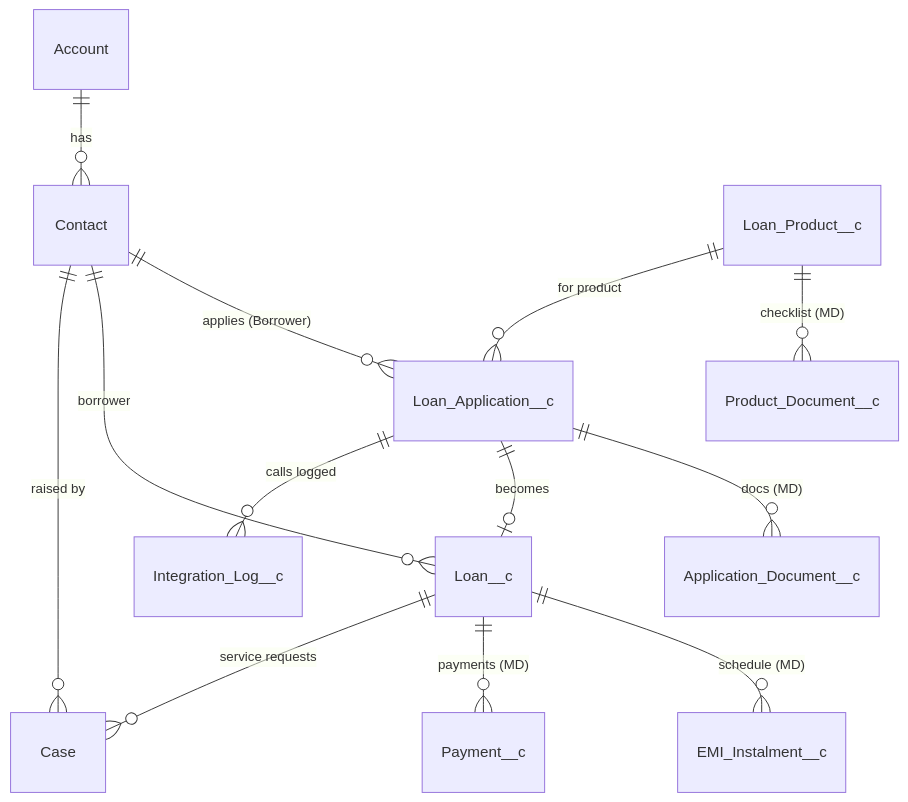
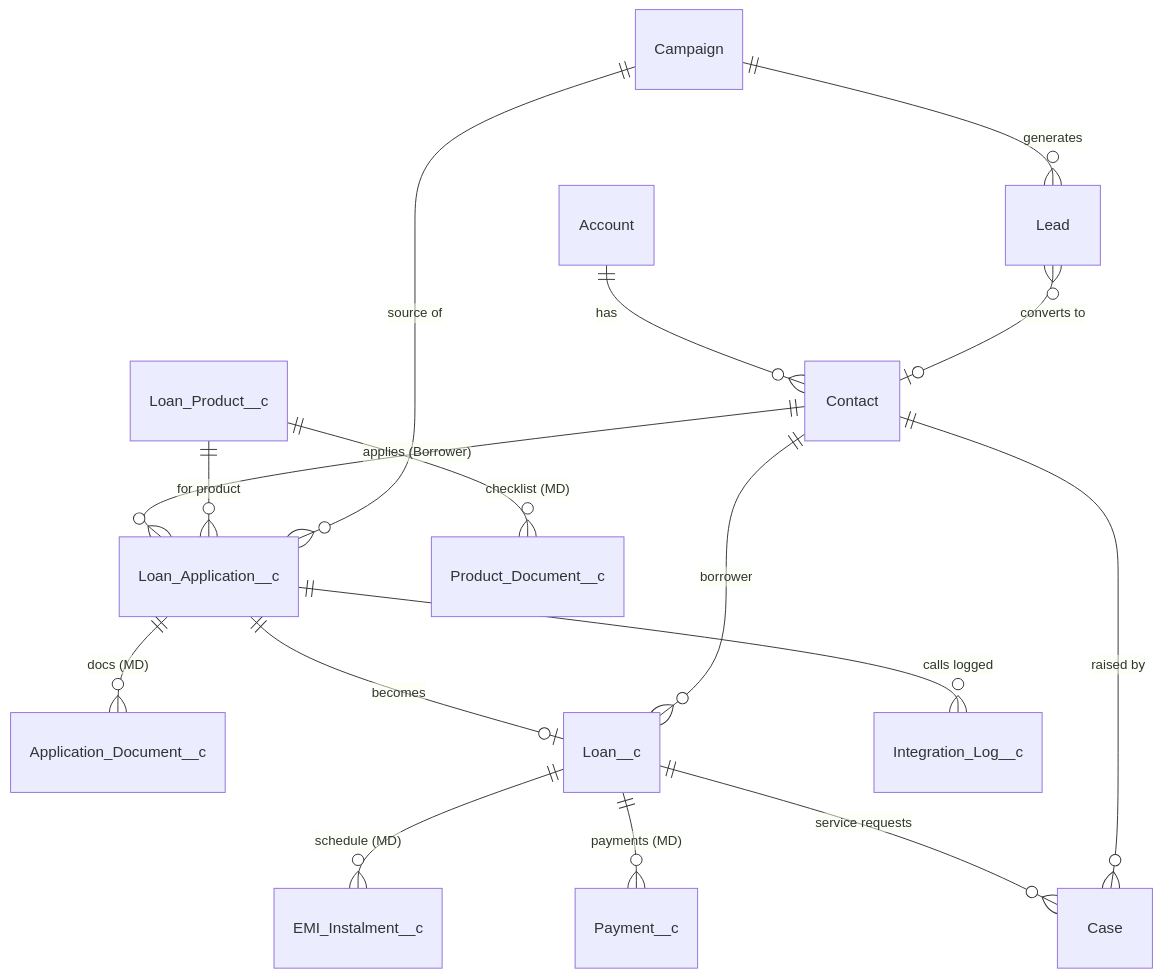
One commit to suhas45/LoanApplicationManagementSystem changed the diagram in docs/BRD/LAMS_BRD.md. Above: the diagram before and after it, drawn with Mermaid. The commit also changed other lines of this file and 55 other files, not shown here.

````diff
--- a/docs/BRD/LAMS_BRD.md
+++ b/docs/BRD/LAMS_BRD.md
@@ -371,15 +389,18 @@
 ```mermaid
 erDiagram
   Account ||--o{ Contact : has
   Contact ||--o{ Loan_Application__c : "applies (Borrower)"
   Loan_Product__c ||--o{ Product_Document__c : "checklist (MD)"
   Loan_Product__c ||--o{ Loan_Application__c : "for product"
   Loan_Application__c ||--o{ Application_Document__c : "docs (MD)"
   Loan_Application__c ||--o| Loan__c : becomes
   Contact ||--o{ Loan__c : borrower
   Loan__c ||--o{ EMI_Instalment__c : "schedule (MD)"
   Loan__c ||--o{ Payment__c : "payments (MD)"
   Loan__c ||--o{ Case : "service requests"
   Contact ||--o{ Case : "raised by"
   Loan_Application__c ||--o{ Integration_Log__c : "calls logged"
+  Lead }o--o| Contact : "converts to"
+  Campaign ||--o{ Lead : "generates"
+  Campaign ||--o{ Loan_Application__c : "source of"
 ```
````
